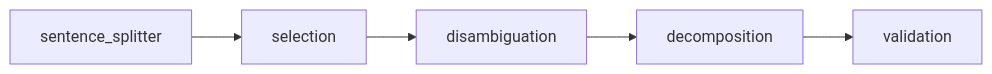
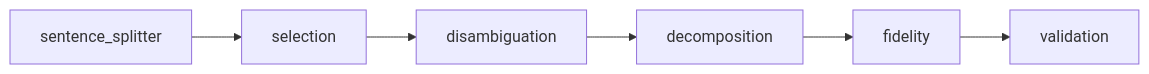
The third of 3 diagrams in docs/architecture/system-overview.md (Hirushikanth/FactCheck-AI), drawn with Mermaid before and after one commit. The commit also changed other lines of this file and 10 other files, not shown here.

Commit message:
Align documentation with current backend (gemma4, fidelity stage, state schema). Update architecture docs, ADRs, and setup runbook so they match v0.6.0 behaviour including extractor fidelity, expanded ClaimResult fields, and session-locking 409 responses.

````diff
--- a/docs/architecture/system-overview.md
+++ b/docs/architecture/system-overview.md
@@ -68,7 +68,8 @@
 ```mermaid
 flowchart LR
     SentenceSplitter[sentence_splitter] --> Selection[selection]
     Selection --> Disambiguation[disambiguation]
     Disambiguation --> Decomposition[decomposition]
-    Decomposition --> Validation[validation]
+    Decomposition --> Fidelity[fidelity]
+    Fidelity --> Validation[validation]
 ```
````
